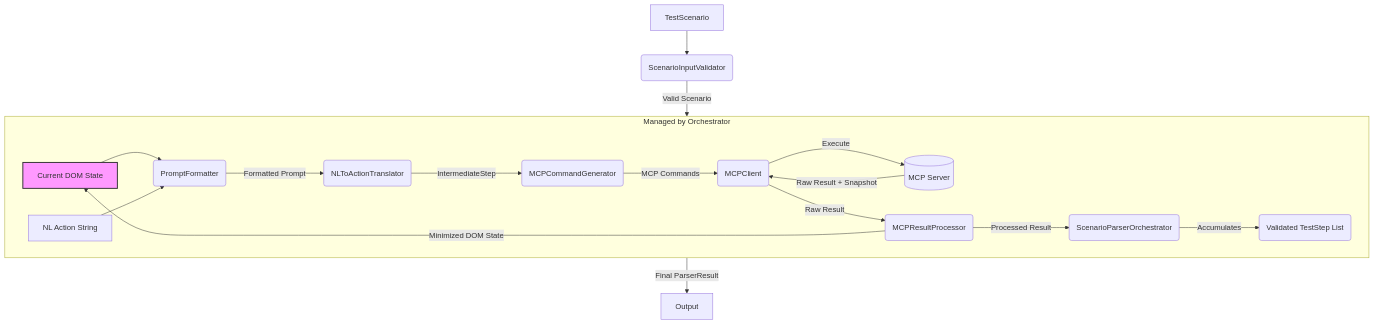
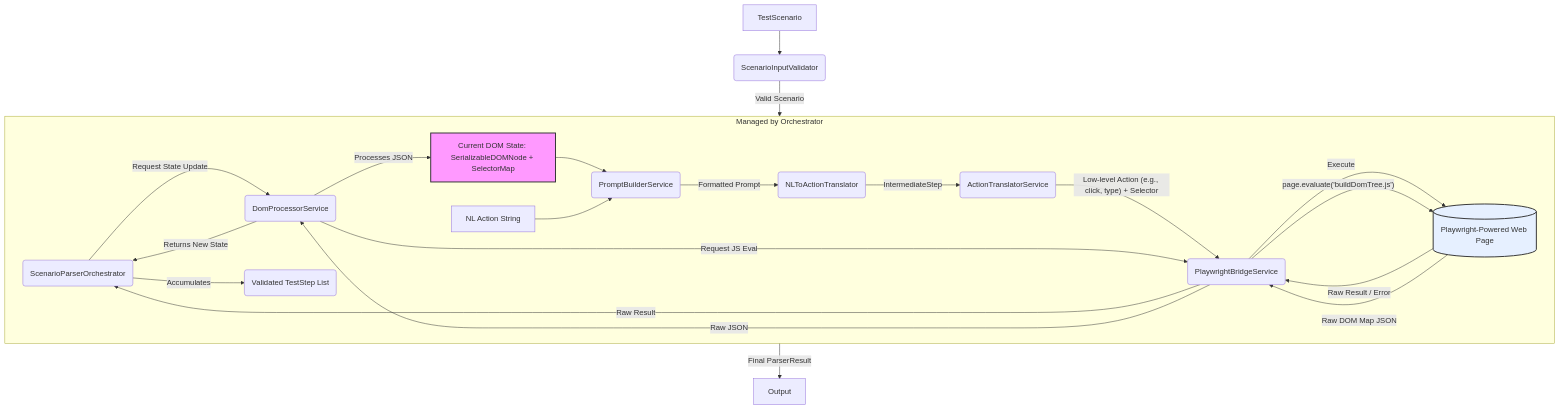
One commit to yuvalbl/lynx-ai changed the first of 2 diagrams in src/scenario-parser/scenario-parser-tech-spec.md. Above: the diagram before and after it, drawn with Mermaid. The commit also changed other lines of this file and 2 other files, not shown here.

Commit message:
update scenario-parser tech spec to use playwright directly instead of MCP

````diff
--- a/src/scenario-parser/scenario-parser-tech-spec.md
+++ b/src/scenario-parser/scenario-parser-tech-spec.md
@@ -24,24 +24,34 @@
 ```mermaid
 graph TD
     A[TestScenario] --> B(ScenarioInputValidator);
     B -- Valid Scenario --> Orch(ScenarioParserOrchestrator);
 
     subgraph Step Loop [Managed by Orchestrator]
         direction LR
-        State[Current DOM State] --> PF(PromptFormatter);
+        State[Current DOM State: SerializableDOMNode + SelectorMap] --> PF(PromptBuilderService);
         Action[NL Action String] --> PF;
         PF -- Formatted Prompt --> NLA(NLToActionTranslator);
-        NLA -- IntermediateStep --> MCG(MCPCommandGenerator);
-        MCG -- MCP Commands --> MCC(MCPClient);
-        MCC -- Execute --> ExtMCP[(MCP Server)];
-        ExtMCP -- Raw Result + Snapshot --> MCC;
-        MCC -- Raw Result --> MRP(MCPResultProcessor);
-        MRP -- Processed Result --> Orch;
-        MRP -- Minimized DOM State --> State;
+        NLA -- IntermediateStep --> ATS(ActionTranslatorService);
+        ATS -- Low-level Action (e.g., click, type) + Selector --> PWB(PlaywrightBridgeService);
+        PWB -- Execute --> PW[(Playwright-Powered Web Page)];
+        PW -- Raw Result / Error --> PWB;
+        PWB -- Raw Result --> Orch;
+
+        %% State Update Flow %%
+        Orch -- Request State Update --> DOMProc(DomProcessorService);
+        DOMProc -- Request JS Eval --> PWB;
+        PWB -- page.evaluate('buildDomTree.js') --> PW;
+        PW -- Raw DOM Map JSON --> PWB;
+        PWB -- Raw JSON --> DOMProc;
+        DOMProc -- Processes JSON --> State;
+        DOMProc -- Returns New State --> Orch;
+
+
         Orch -- Accumulates --> TSList(Validated TestStep List);
     end
 
     Orch -- Final ParserResult --> Z[Output];
 
     style State fill:#f9f,stroke:#333,stroke-width:2px
+    style PW fill:#e6f0ff,stroke:#333,stroke-width:2px
 ```
````
